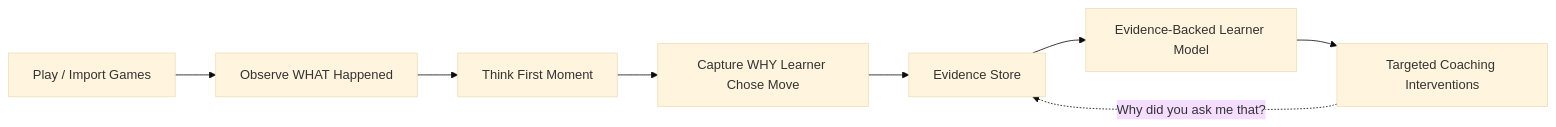
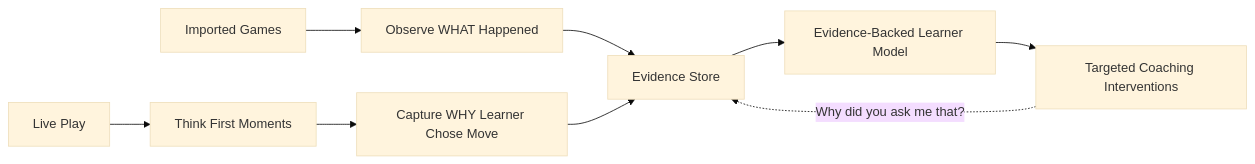
One commit to NikhilRaikwar/dr-wolf-brain changed the first of 3 diagrams in README.md. Above: the diagram before and after it, drawn with Mermaid (base theme). The commit also changed other lines of this file, not shown here.

Commit message:
docs: tighten product claims and README evidence model

````diff
--- a/README.md
+++ b/README.md
@@ -50,10 +50,11 @@
 ```mermaid
 flowchart LR
-    A[Play / Import Games] --> B[Observe WHAT Happened]
-    B --> C[Think First Moment]
-    C --> D[Capture WHY Learner Chose Move]
-    D --> E[Evidence Store]
-    E --> F[Evidence-Backed Learner Model]
-    F --> G[Targeted Coaching Interventions]
-    G -. "Why did you ask me that?" .-> E
+    A[Imported Games] --> B[Observe WHAT Happened]
+    C[Live Play] --> D[Think First Moments]
+    D --> E[Capture WHY Learner Chose Move]
+    B --> F[Evidence Store]
+    E --> F
+    F --> G[Evidence-Backed Learner Model]
+    G --> H[Targeted Coaching Interventions]
+    H -. "Why did you ask me that?" .-> F
 ```
````
